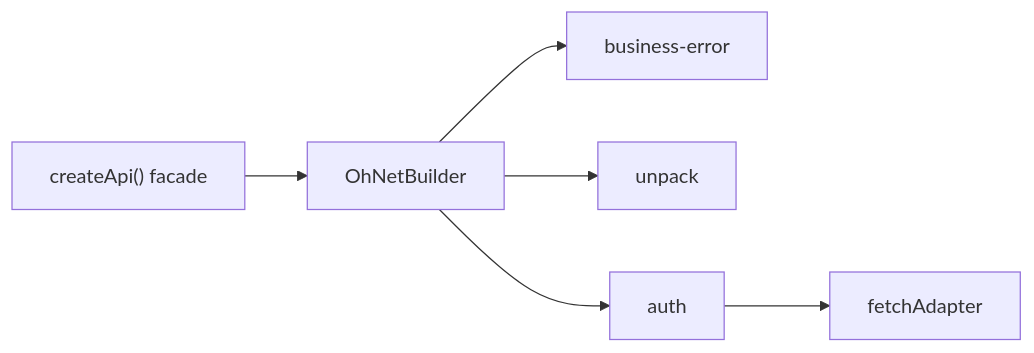
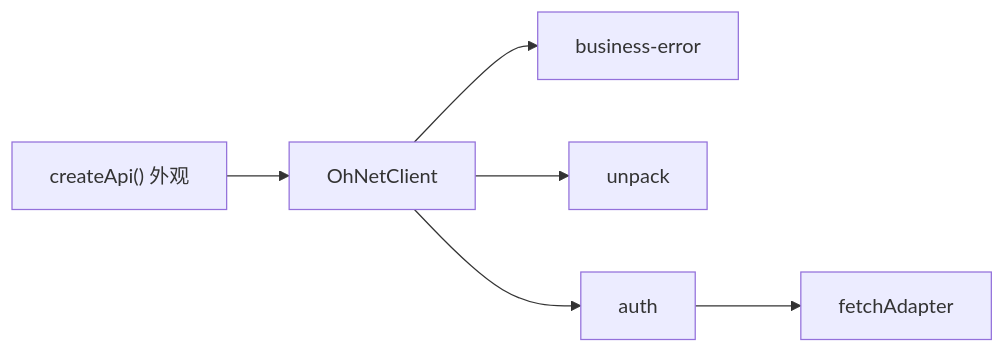
One commit to xtwis/ohnet changed the diagram in docs/zh/example/business-client.md. Above: the diagram before and after it, drawn with Mermaid. The commit also changed other lines of this file and 45 other files, not shown here.

````diff
--- a/docs/zh/example/business-client.md
+++ b/docs/zh/example/business-client.md
@@ -27,8 +27,8 @@
 ```mermaid
 flowchart LR
-    Facade["createApi() facade"] --> Builder["OhNetBuilder"]
-    Builder --> BE["business-error"]
-    Builder --> UP["unpack"]
-    Builder --> AU["auth"]
+    Facade["createApi() 外观"] --> Client["OhNetClient"]
+    Client --> BE["business-error"]
+    Client --> UP["unpack"]
+    Client --> AU["auth"]
     AU --> Adapter["fetchAdapter"]
 ```
````
